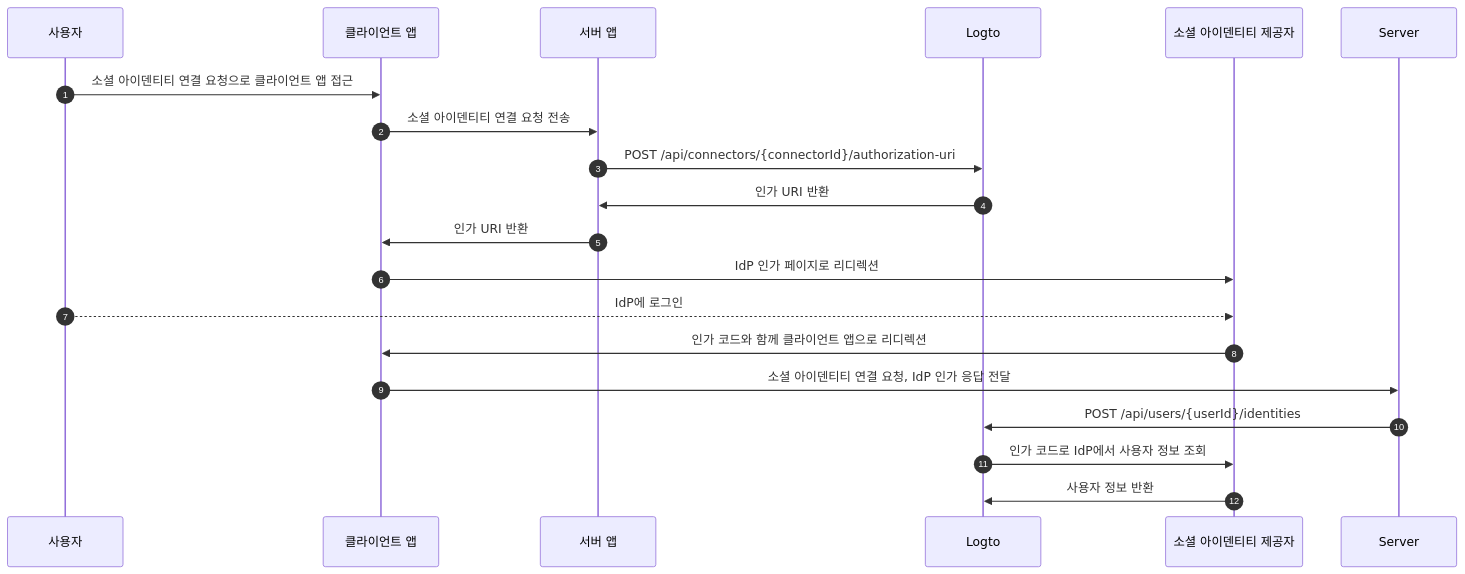
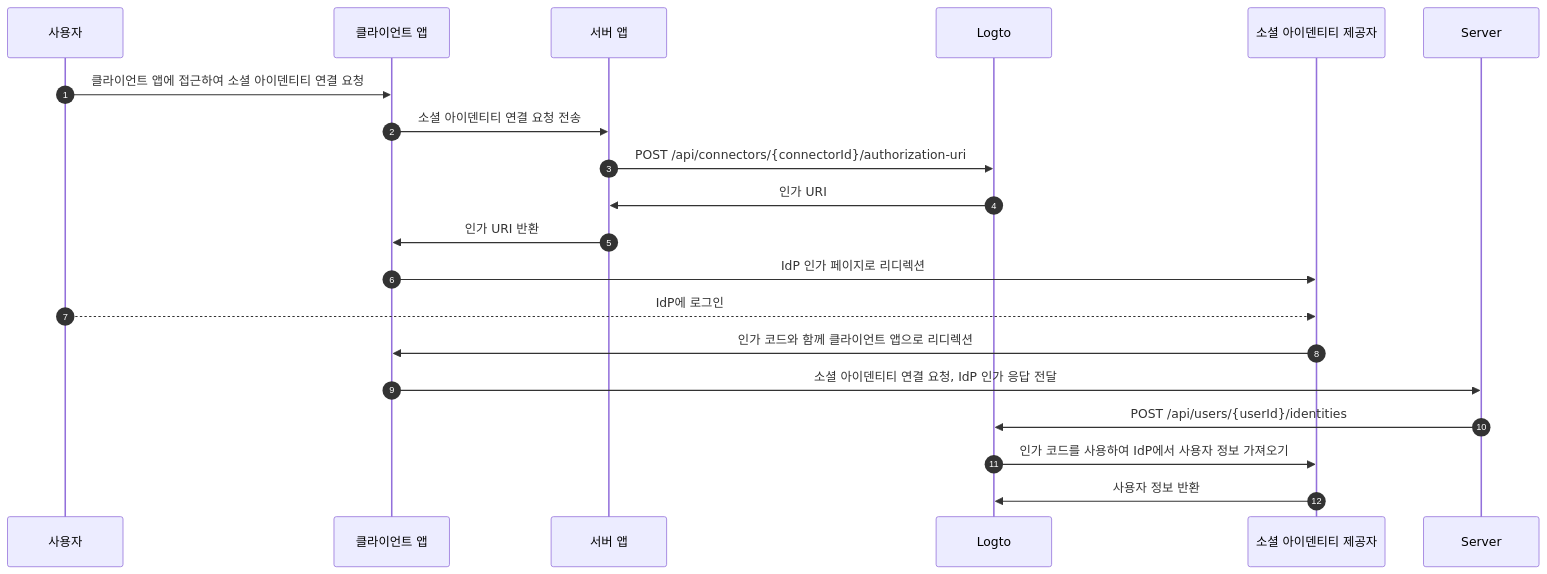
One commit to logto-io/docs changed the third of 3 diagrams in i18n/ko/docusaurus-plugin-content-docs/current/end-user-flows/account-settings/by-management-api.mdx. Above: the diagram before and after it, drawn with Mermaid. The commit also changed other lines of this file and 102 other files, not shown here.

````diff
--- a/i18n/ko/docusaurus-plugin-content-docs/current/end-user-flows/account-settings/by-management-api.mdx
+++ b/i18n/ko/docusaurus-plugin-content-docs/current/end-user-flows/account-settings/by-management-api.mdx
@@ -120,22 +120,22 @@
 ```mermaid
 sequenceDiagram
     autoNumber
     participant User as 사용자
     participant Client as 클라이언트 앱
     participant App as 서버 앱
     participant Logto as Logto
     participant IdP as 소셜 아이덴티티 제공자
 
-    User ->> Client: 소셜 아이덴티티 연결 요청으로 클라이언트 앱 접근
+    User ->> Client: 클라이언트 앱에 접근하여 소셜 아이덴티티 연결 요청
     Client ->> App: 소셜 아이덴티티 연결 요청 전송
     App ->> Logto: POST /api/connectors/{connectorId}/authorization-uri
-    Logto ->> App: 인가 URI 반환
+    Logto ->> App: 인가 URI
     App ->> Client: 인가 URI 반환
     Client ->> IdP: IdP 인가 페이지로 리디렉션
     User -->> IdP: IdP에 로그인
     IdP ->> Client: 인가 코드와 함께 클라이언트 앱으로 리디렉션
     Client ->> Server: 소셜 아이덴티티 연결 요청, IdP 인가 응답 전달
     Server ->> Logto: POST /api/users/{userId}/identities
-    Logto ->> IdP: 인가 코드로 IdP에서 사용자 정보 조회
+    Logto ->> IdP: 인가 코드를 사용하여 IdP에서 사용자 정보 가져오기
     IdP ->> Logto: 사용자 정보 반환
 ```
````
